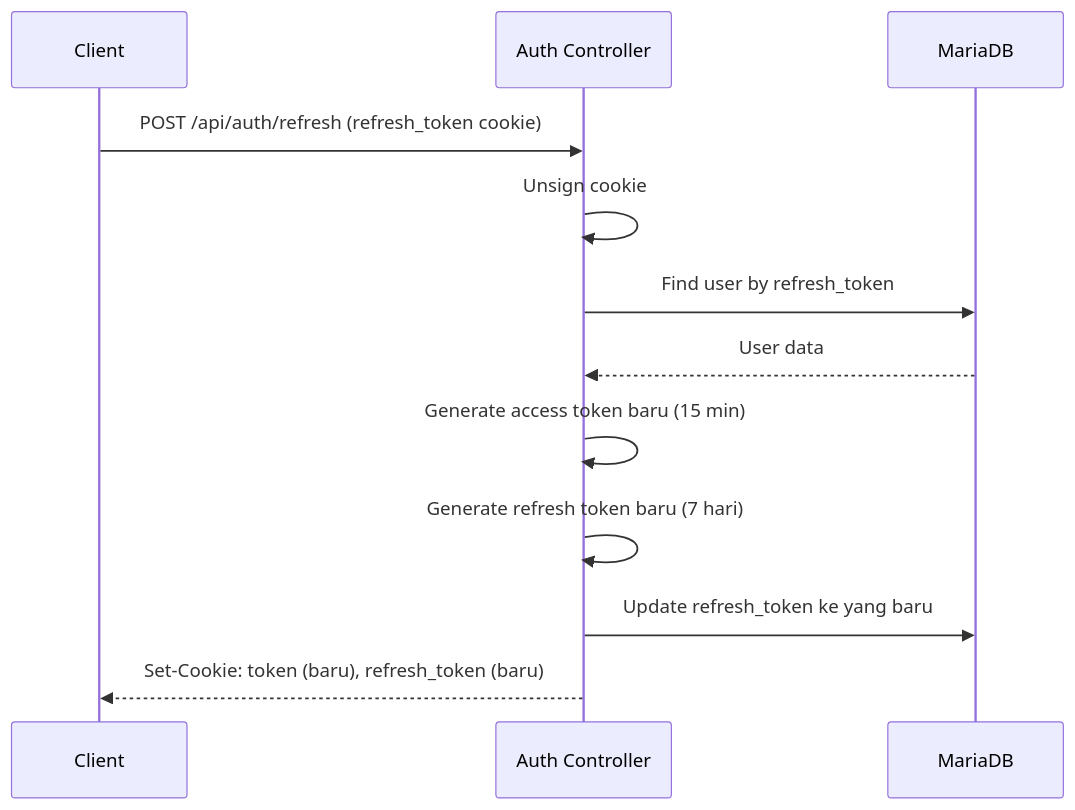
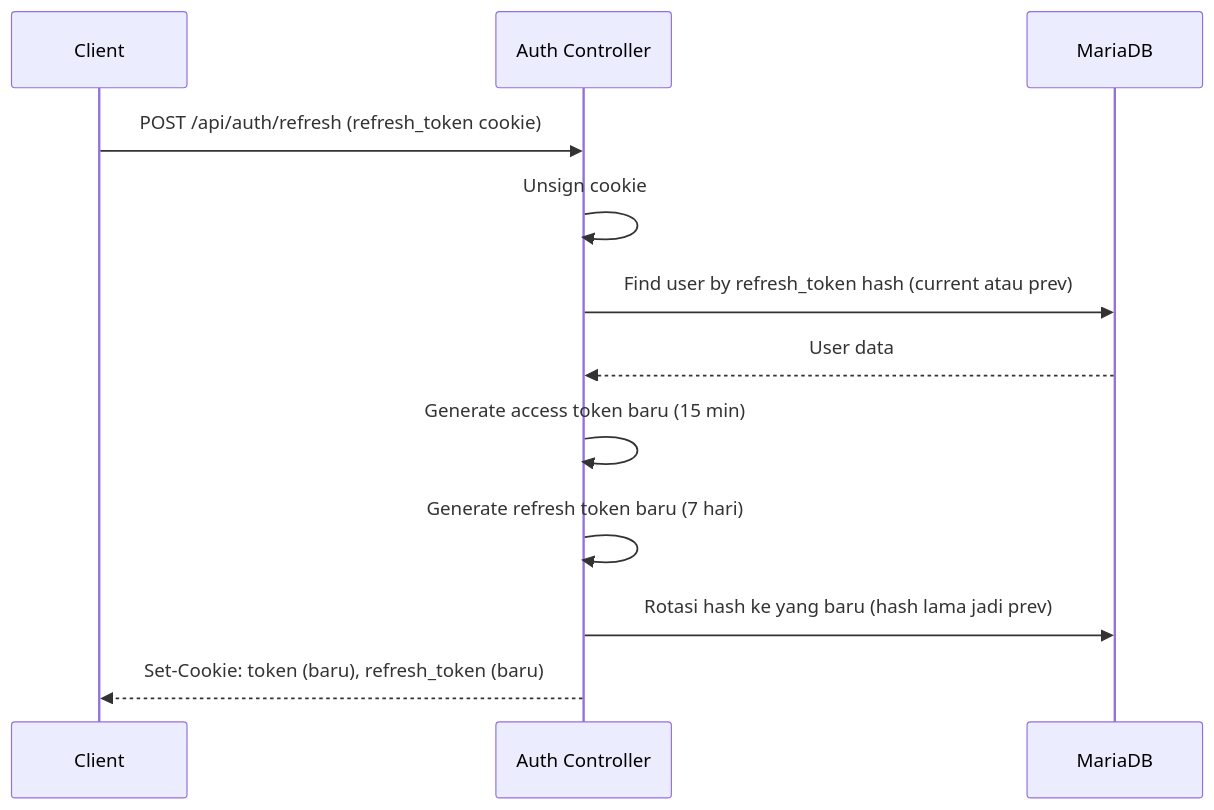
One commit to skripsi-me/backend changed the sixth of 7 diagrams in docs/ARCHITECTURE.md. Above: the diagram before and after it, drawn with Mermaid. The commit also changed other lines of this file and 7 other files, not shown here.

Commit message:
docs: sync documentation to current project state (bulk endpoint, API key, refresh-token hash, CORS/CORS prod, dedupe env tables)

````diff
--- a/docs/ARCHITECTURE.md
+++ b/docs/ARCHITECTURE.md
@@ -204,15 +207,15 @@
 ```mermaid
 sequenceDiagram
     participant C as Client
     participant Auth as Auth Controller
     participant DB as MariaDB
 
     C->>Auth: POST /api/auth/refresh (refresh_token cookie)
     Auth->>Auth: Unsign cookie
-    Auth->>DB: Find user by refresh_token
+    Auth->>DB: Find user by refresh_token hash (current atau prev)
     DB-->>Auth: User data
     Auth->>Auth: Generate access token baru (15 min)
     Auth->>Auth: Generate refresh token baru (7 hari)
-    Auth->>DB: Update refresh_token ke yang baru
+    Auth->>DB: Rotasi hash ke yang baru (hash lama jadi prev)
     Auth-->>C: Set-Cookie: token (baru), refresh_token (baru)
 ```
````
